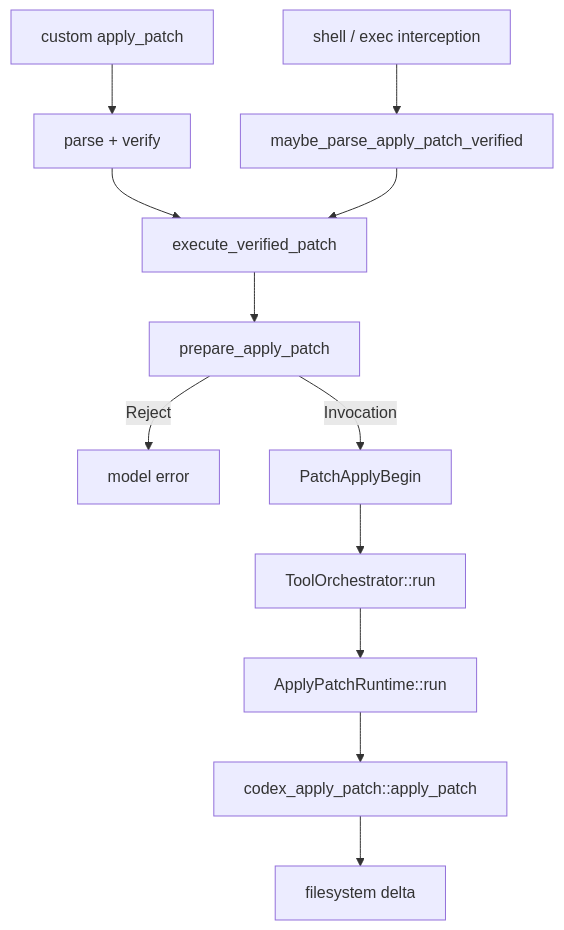
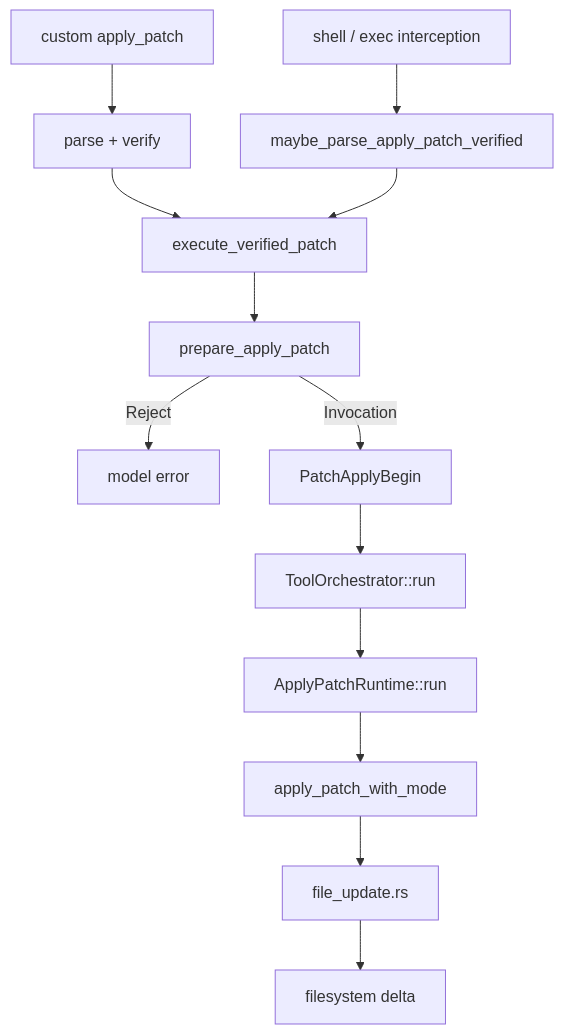
One commit to wdnmdtonyma/SOTA-Agent-LLM-Wiki changed the diagram in docs/llm-wiki/codex/spine/trace-apply-patch.md. Above: the diagram before and after it, drawn with Mermaid. The commit also changed other lines of this file and 197 other files, not shown here.

````diff
--- a/docs/llm-wiki/codex/spine/trace-apply-patch.md
+++ b/docs/llm-wiki/codex/spine/trace-apply-patch.md
@@ -16,14 +16,15 @@
 ```mermaid
 flowchart TD
     DIRECT["custom apply_patch"] --> VERIFY1["parse + verify"]
     SHELL["shell / exec interception"] --> VERIFY2["maybe_parse_apply_patch_verified"]
     VERIFY1 --> SHARED["execute_verified_patch"]
     VERIFY2 --> SHARED
     SHARED --> PREP["prepare_apply_patch"]
     PREP -->|Reject| MODEL["model error"]
     PREP -->|Invocation| BEGIN["PatchApplyBegin"]
     BEGIN --> ORCH["ToolOrchestrator::run"]
     ORCH --> RUNTIME["ApplyPatchRuntime::run"]
-    RUNTIME --> LIB["codex_apply_patch::apply_patch"]
-    LIB --> FS["filesystem delta"]
+    RUNTIME --> LIB["apply_patch_with_mode"]
+    LIB --> UPDATE["file_update.rs"]
+    UPDATE --> FS["filesystem delta"]
 ```
````
